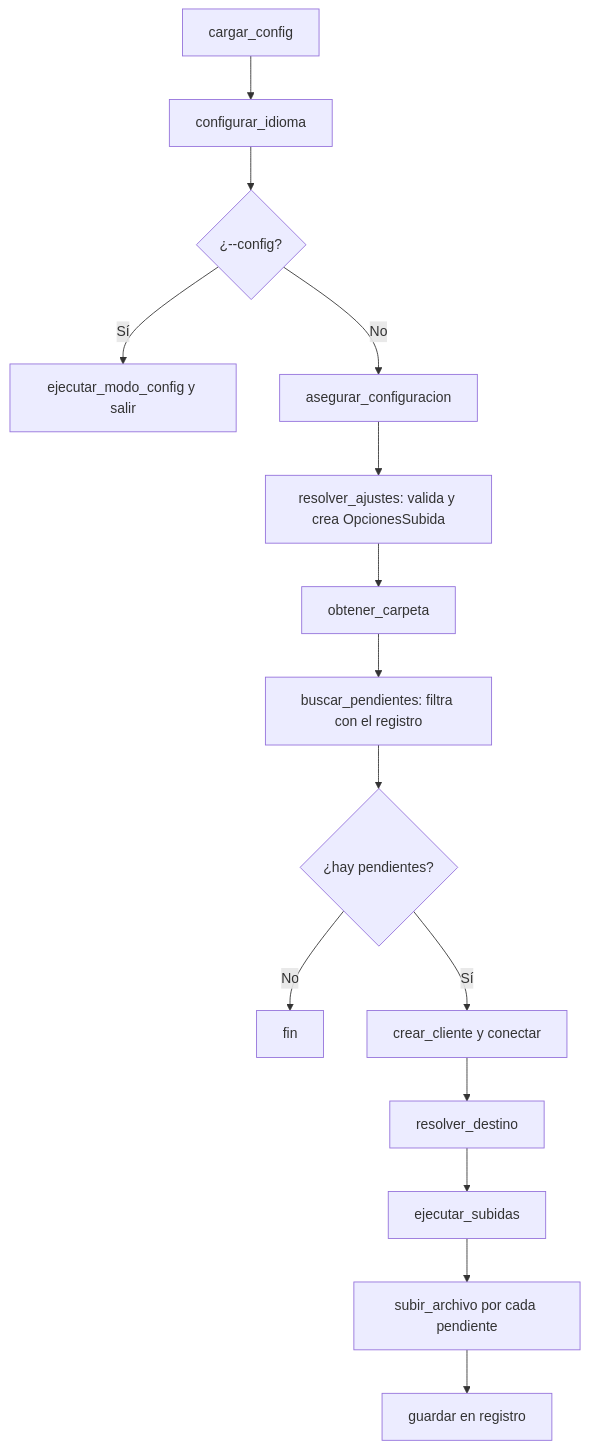
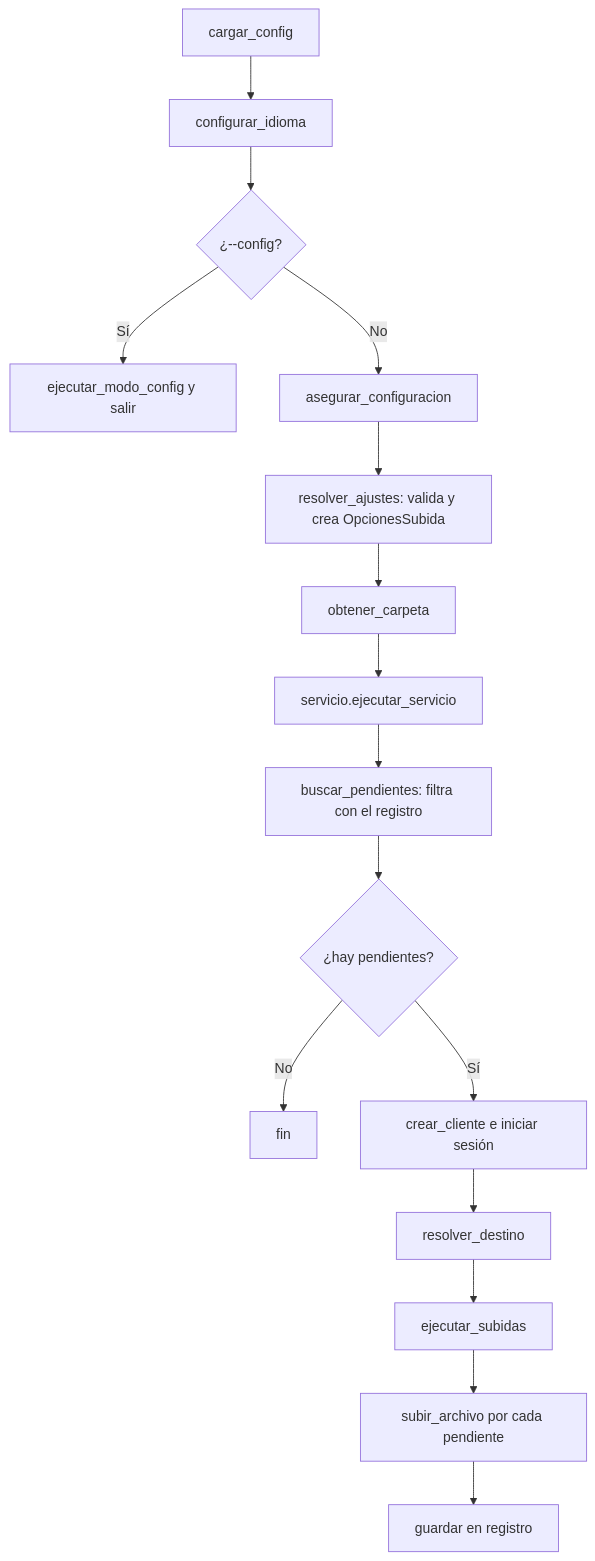
One commit to al3xFight/telegram-uploader changed the second of 2 diagrams in ARQUITECTURA.md. Above: the diagram before and after it, drawn with Mermaid. The commit also changed other lines of this file and 4 other files, not shown here.

Commit message:
Refactor: servicio.py con el flujo completo de subida y login por callbacks (Refs #20)

````diff
--- a/ARQUITECTURA.md
+++ b/ARQUITECTURA.md
@@ -60,17 +68,18 @@
 ```mermaid
 flowchart TD
     A[cargar_config] --> B[configurar_idioma]
     B --> C{¿--config?}
     C -- Sí --> M[ejecutar_modo_config y salir]
     C -- No --> D[asegurar_configuracion]
     D --> E[resolver_ajustes: valida y crea OpcionesSubida]
     E --> F[obtener_carpeta]
-    F --> G[buscar_pendientes: filtra con el registro]
+    F --> S[servicio.ejecutar_servicio]
+    S --> G[buscar_pendientes: filtra con el registro]
     G --> H{¿hay pendientes?}
     H -- No --> Z[fin]
-    H -- Sí --> I[crear_cliente y conectar]
+    H -- Sí --> I[crear_cliente e iniciar sesión]
     I --> J[resolver_destino]
     J --> K[ejecutar_subidas]
     K --> L[subir_archivo por cada pendiente]
     L --> N[guardar en registro]
 ```
````
